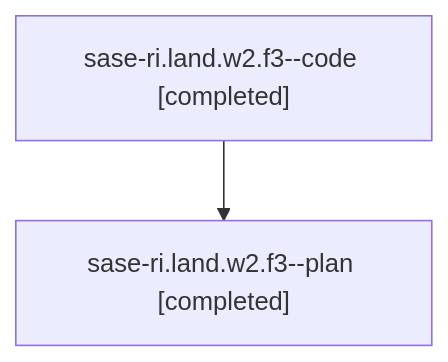
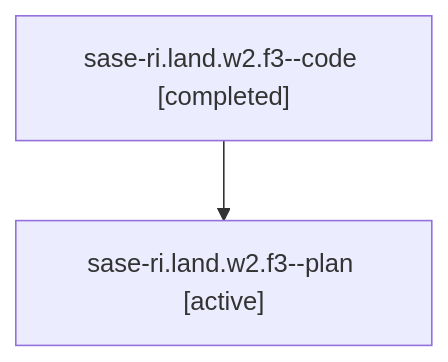
Before and after one commit to sase-org/sase--agents: the diagram in families/bbugyi200.athena.sase-ri.land.w2.f3.md, drawn with Mermaid. The commit also changed other lines of this file and 35830 other files, not shown here.

````diff
--- a/families/bbugyi200.athena.sase-ri.land.w2.f3.md
+++ b/families/bbugyi200.athena.sase-ri.land.w2.f3.md
@@ -9,6 +9,6 @@
 ```mermaid
 flowchart TD
   n0["sase-ri.land.w2.f3--code [completed]"]
-  n1["sase-ri.land.w2.f3--plan [completed]"]
+  n1["sase-ri.land.w2.f3--plan [active]"]
   n0 --> n1
 ```
````
